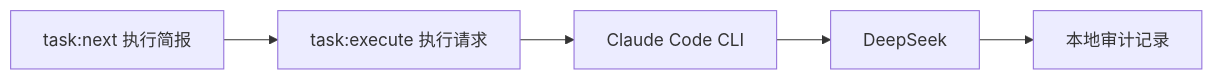
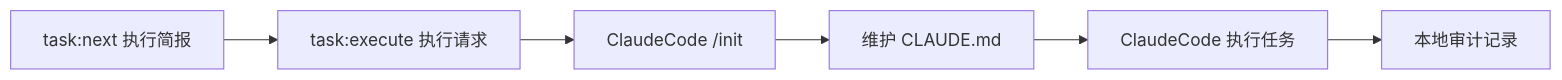
The fourth of 6 diagrams in docs/workflows/agent-execution-workflow.md (daxiguaguagua-hash/OpsAgent), drawn with Mermaid before and after one commit. The commit also changed other lines of this file and 47 other files, not shown here.

````diff
--- a/docs/workflows/agent-execution-workflow.md
+++ b/docs/workflows/agent-execution-workflow.md
@@ -100,7 +100,8 @@
 ```mermaid
 flowchart LR
   A[task:next 执行简报] --> B[task:execute 执行请求]
-  B --> C[Claude Code CLI]
-  C --> D[DeepSeek]
-  D --> E[本地审计记录]
+  B --> C[ClaudeCode /init]
+  C --> D[维护 CLAUDE.md]
+  D --> E[ClaudeCode 执行任务]
+  E --> F[本地审计记录]
 ```
````
